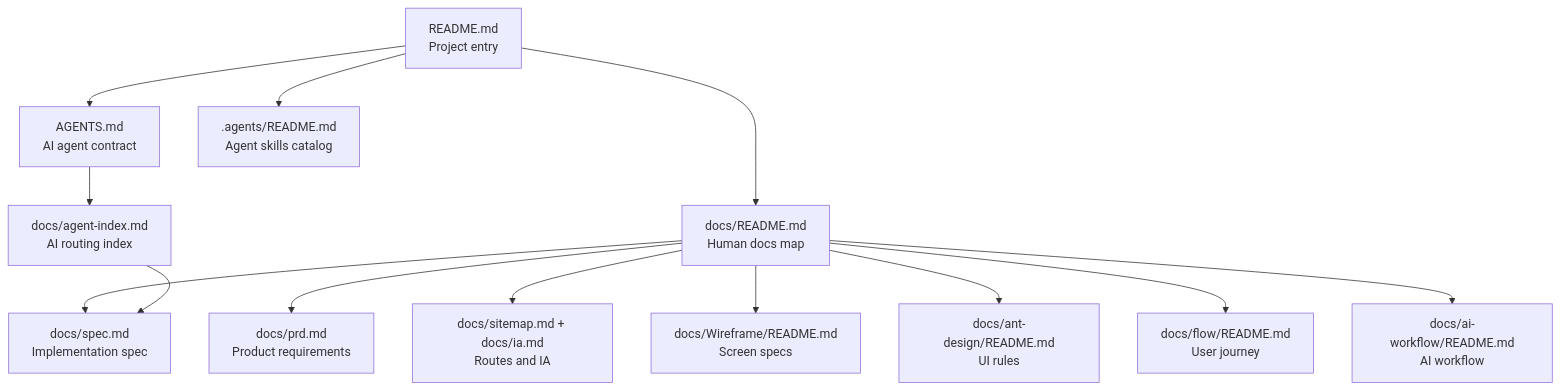
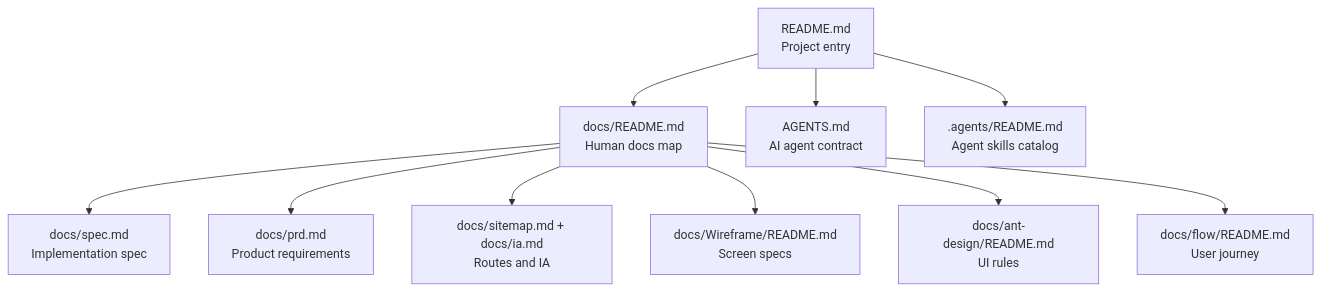
The eighth of 8 diagrams in README.md (blackstarzck/topik-project-v13), drawn with Mermaid before and after one commit. The commit also changed other lines of this file and 790 other files, not shown here.

````diff
--- a/README.md
+++ b/README.md
@@ -231,15 +226,12 @@
 ```mermaid
 flowchart TD
     A["README.md<br/>Project entry"] --> B["docs/README.md<br/>Human docs map"]
     A --> X["AGENTS.md<br/>AI agent contract"]
     A --> Z[".agents/README.md<br/>Agent skills catalog"]
-    X --> Y["docs/agent-index.md<br/>AI routing index"]
     B --> C["docs/spec.md<br/>Implementation spec"]
     B --> D["docs/prd.md<br/>Product requirements"]
     B --> E["docs/sitemap.md + docs/ia.md<br/>Routes and IA"]
     B --> F["docs/Wireframe/README.md<br/>Screen specs"]
     B --> G["docs/ant-design/README.md<br/>UI rules"]
     B --> H["docs/flow/README.md<br/>User journey"]
-    B --> I["docs/ai-workflow/README.md<br/>AI workflow"]
-    Y --> C
 ```
````
